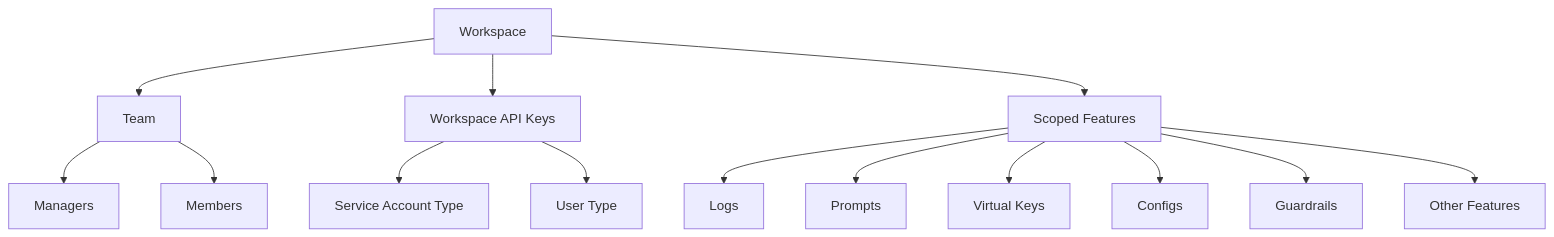
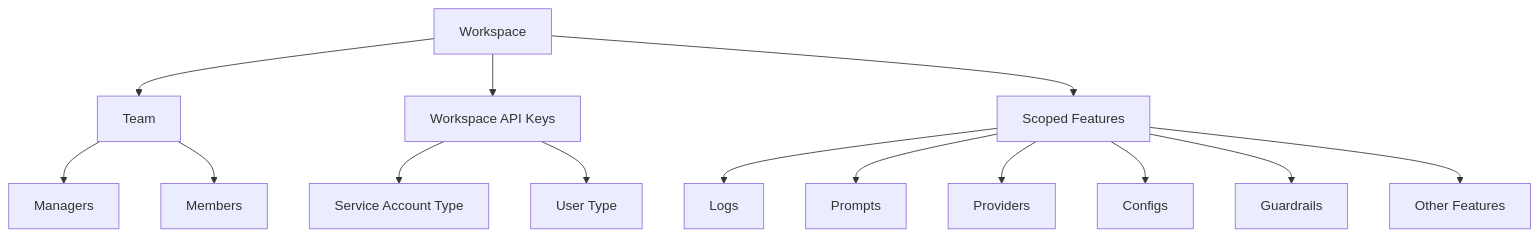
Before and after one commit to Portkey-AI/docs-core: the diagram in product/enterprise-offering/org-management/workspaces.mdx, drawn with Mermaid. The commit also changed other lines of this file and 435 other files, not shown here.

````diff
--- a/product/enterprise-offering/org-management/workspaces.mdx
+++ b/product/enterprise-offering/org-management/workspaces.mdx
@@ -25,16 +25,16 @@
 ```mermaid
 graph TD
     A[Workspace] --> B[Team]
     B --> C[Managers]
     B --> D[Members]
     A --> E[Workspace API Keys]
     E --> F[Service Account Type]
     E --> G[User Type]
     A --> H[Scoped Features]
     H --> I[Logs]
     H --> J[Prompts]
-    H --> K[Virtual Keys]
+    H --> K[Providers]
     H --> L[Configs]
     H --> M[Guardrails]
     H --> N[Other Features]
 ```
````
